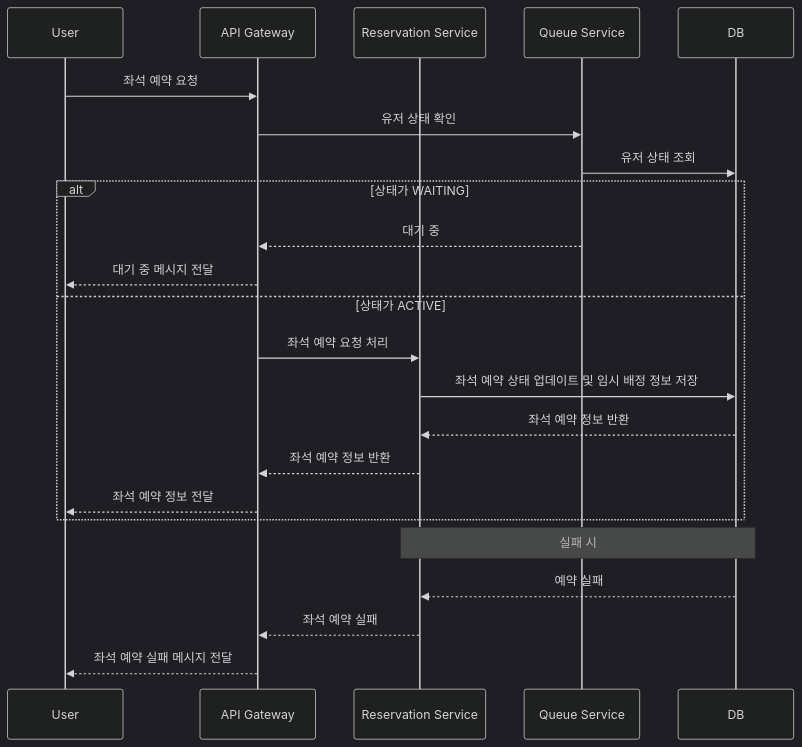
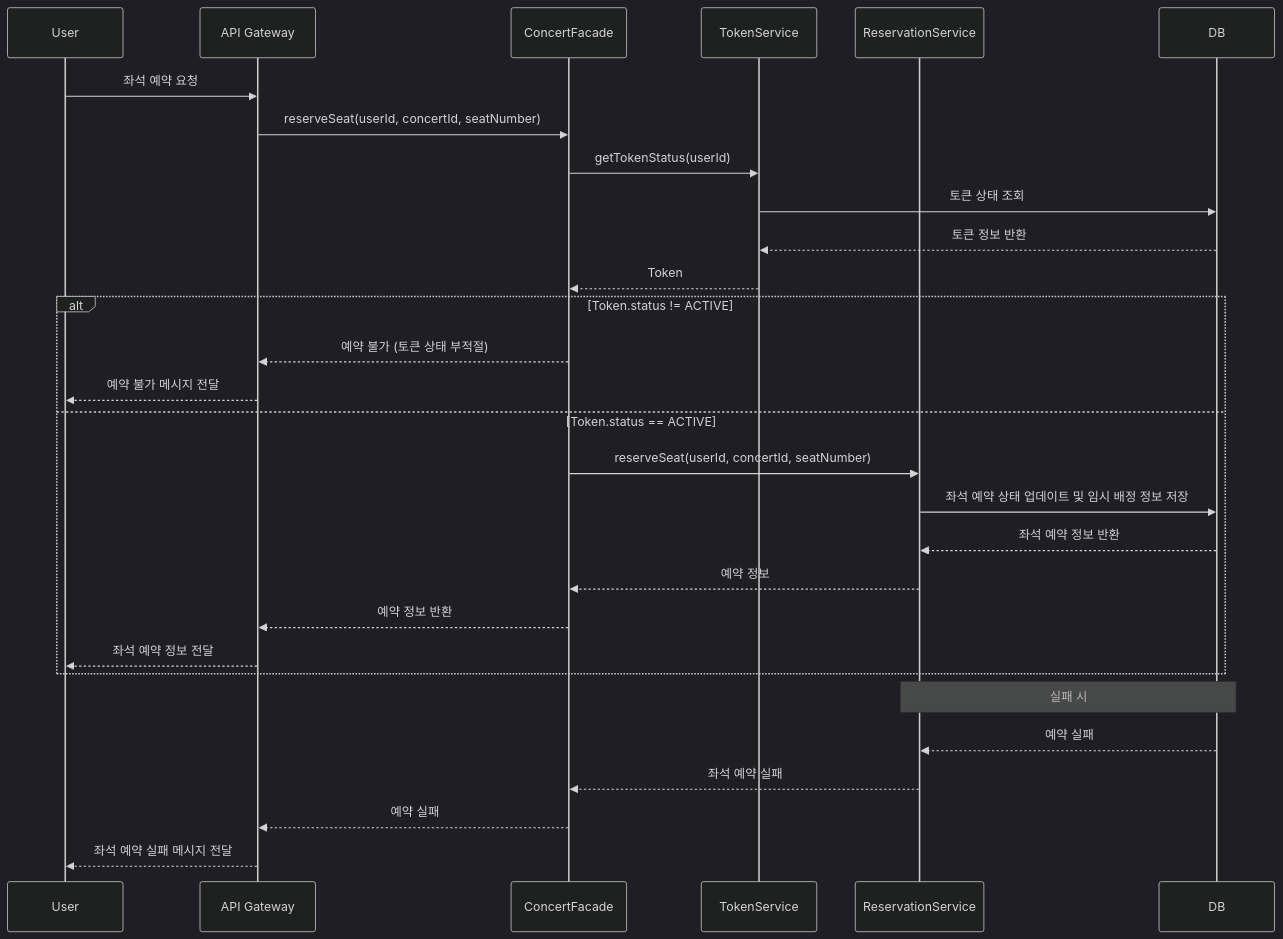
One commit to ghwoo93/hhplus-concert-3week changed the fifth of 10 diagrams in README.md. Above: the diagram before and after it, drawn with Mermaid (dark theme). The commit also changed other lines of this file, not shown here.

````diff
--- a/README.md
+++ b/README.md
@@ -450,27 +412,33 @@
 ```mermaid
 sequenceDiagram
     participant User
     participant API Gateway
-    participant Reservation Service
-    participant Queue Service
+    participant ConcertFacade
+    participant TokenService
+    participant ReservationService
     participant DB
 
     User->>API Gateway: 좌석 예약 요청
-    API Gateway->>Queue Service: 유저 상태 확인
-    Queue Service->>DB: 유저 상태 조회
-    alt 상태가 WAITING
-        Queue Service-->>API Gateway: 대기 중
-        API Gateway-->>User: 대기 중 메시지 전달
-    else 상태가 ACTIVE
-        API Gateway->>Reservation Service: 좌석 예약 요청 처리
-        Reservation Service->>DB: 좌석 예약 상태 업데이트 및 임시 배정 정보 저장
-        DB-->>Reservation Service: 좌석 예약 정보 반환
-        Reservation Service-->>API Gateway: 좌석 예약 정보 반환
+    API Gateway->>ConcertFacade: reserveSeat(userId, concertId, seatNumber)
+    ConcertFacade->>TokenService: getTokenStatus(userId)
+    TokenService->>DB: 토큰 상태 조회
+    DB-->>TokenService: 토큰 정보 반환
+    TokenService-->>ConcertFacade: Token
+    alt Token.status != ACTIVE
+        ConcertFacade-->>API Gateway: 예약 불가 (토큰 상태 부적절)
+        API Gateway-->>User: 예약 불가 메시지 전달
+    else Token.status == ACTIVE
+        ConcertFacade->>ReservationService: reserveSeat(userId, concertId, seatNumber)
+        ReservationService->>DB: 좌석 예약 상태 업데이트 및 임시 배정 정보 저장
+        DB-->>ReservationService: 좌석 예약 정보 반환
+        ReservationService-->>ConcertFacade: 예약 정보
+        ConcertFacade-->>API Gateway: 예약 정보 반환
         API Gateway-->>User: 좌석 예약 정보 전달
     end
 
-    Note over Reservation Service,DB: 실패 시
-    DB-->>Reservation Service: 예약 실패
-    Reservation Service-->>API Gateway: 좌석 예약 실패
+    Note over ReservationService,DB: 실패 시
+    DB-->>ReservationService: 예약 실패
+    ReservationService-->>ConcertFacade: 좌석 예약 실패
+    ConcertFacade-->>API Gateway: 예약 실패
     API Gateway-->>User: 좌석 예약 실패 메시지 전달
 ```
````
